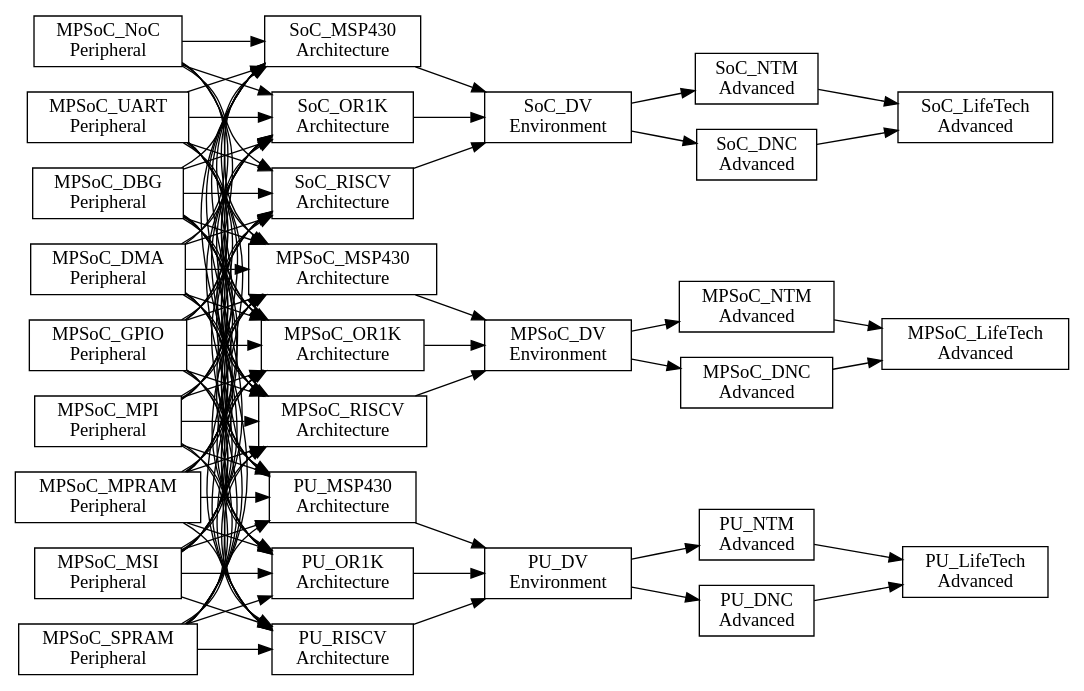
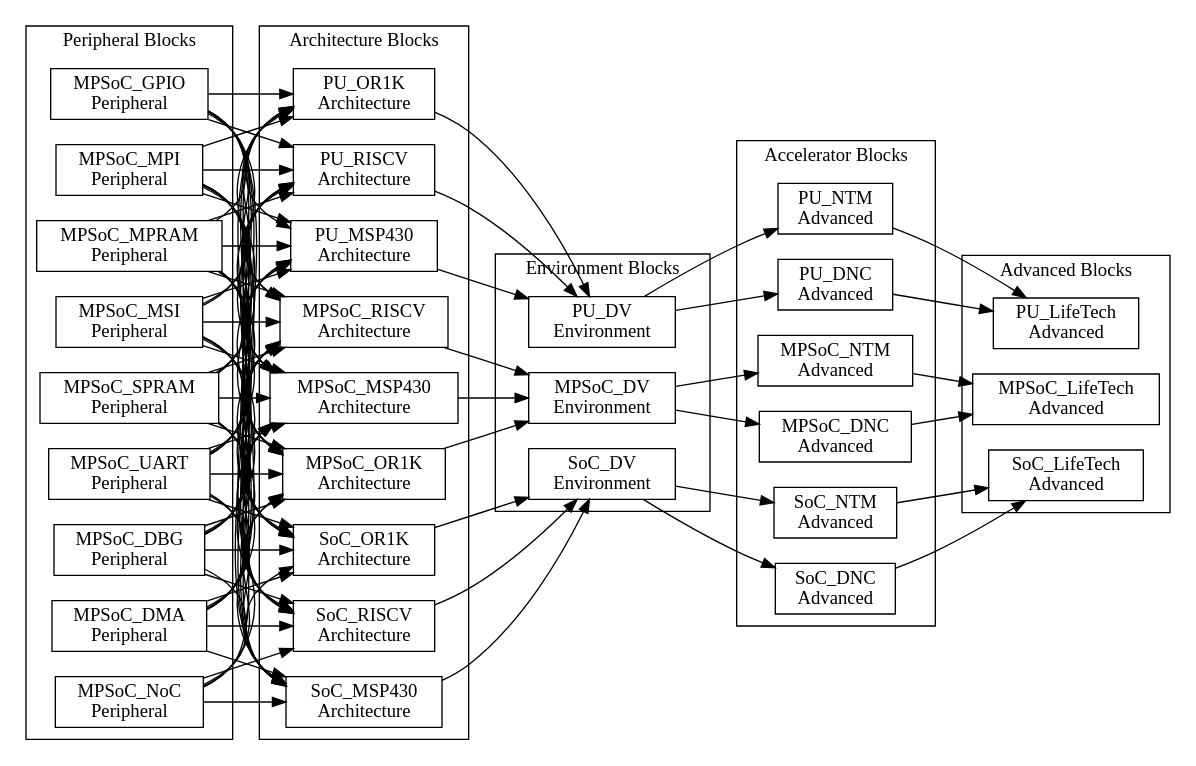
The diagram in doc/book/assets/chapter4/dependences-mpsoc-lifetech.dot (PacoReinaCampo/SoC-RTOS), drawn with Graphviz before and after one commit. The commit also changed 1048 other files, not shown here.

```diff
--- a/doc/book/assets/chapter4/dependences-mpsoc-lifetech.dot
+++ b/doc/book/assets/chapter4/dependences-mpsoc-lifetech.dot
@@ -1,169 +1,179 @@
 digraph Project {
   // Introduction
   graph [rankdir = LR];
   node[shape=record];
 
   // Peripheral Blocks
-  MPSoC_DBG[label="MPSoC_DBG \nPeripheral"];
-  MPSoC_DMA[label="MPSoC_DMA \nPeripheral"];
-  MPSoC_GPIO[label="MPSoC_GPIO \nPeripheral"];
-  MPSoC_MPI[label="MPSoC_MPI \nPeripheral"];
-  MPSoC_MPRAM[label="MPSoC_MPRAM \nPeripheral"];
-  MPSoC_MSI[label="MPSoC_MSI \nPeripheral"];
-  MPSoC_NoC[label="MPSoC_NoC \nPeripheral"];
-  MPSoC_SPRAM[label="MPSoC_SPRAM \nPeripheral"];
-  MPSoC_UART[label="MPSoC_UART \nPeripheral"];
+  subgraph "cluster PeripheralBlocks" { label = "Peripheral Blocks";
+    MPSoC_DBG[label="MPSoC_DBG \nPeripheral"];
+    MPSoC_DMA[label="MPSoC_DMA \nPeripheral"];
+    MPSoC_GPIO[label="MPSoC_GPIO \nPeripheral"];
+    MPSoC_MPI[label="MPSoC_MPI \nPeripheral"];
+    MPSoC_MPRAM[label="MPSoC_MPRAM \nPeripheral"];
+    MPSoC_MSI[label="MPSoC_MSI \nPeripheral"];
+    MPSoC_NoC[label="MPSoC_NoC \nPeripheral"];
+    MPSoC_SPRAM[label="MPSoC_SPRAM \nPeripheral"];
+    MPSoC_UART[label="MPSoC_UART \nPeripheral"];
+  }
 
   // Architecture Blocks
-  MPSoC_MSP430[label="MPSoC_MSP430 \nArchitecture"];
-  MPSoC_OR1K[label="MPSoC_OR1K \nArchitecture"];
-  MPSoC_RISCV[label="MPSoC_RISCV \nArchitecture"];
-  SoC_MSP430[label="SoC_MSP430 \nArchitecture"];
-  SoC_OR1K[label="SoC_OR1K \nArchitecture"];
-  SoC_RISCV[label="SoC_RISCV \nArchitecture"];
-  PU_MSP430[label="PU_MSP430 \nArchitecture"];
-  PU_OR1K[label="PU_OR1K \nArchitecture"];
-  PU_RISCV[label="PU_RISCV \nArchitecture"];
+  subgraph "cluster ArchitectureBlocks" { label = "Architecture Blocks";
+    MPSoC_MSP430[label="MPSoC_MSP430 \nArchitecture"];
+    MPSoC_OR1K[label="MPSoC_OR1K \nArchitecture"];
+    MPSoC_RISCV[label="MPSoC_RISCV \nArchitecture"];
+    SoC_MSP430[label="SoC_MSP430 \nArchitecture"];
+    SoC_OR1K[label="SoC_OR1K \nArchitecture"];
+    SoC_RISCV[label="SoC_RISCV \nArchitecture"];
+    PU_MSP430[label="PU_MSP430 \nArchitecture"];
+    PU_OR1K[label="PU_OR1K \nArchitecture"];
+    PU_RISCV[label="PU_RISCV \nArchitecture"];
+  }
 
   // Environment Blocks
-  MPSoC_DV[label="MPSoC_DV \nEnvironment"];
-  SoC_DV[label="SoC_DV \nEnvironment"];
-  PU_DV[label="PU_DV \nEnvironment"];
+  subgraph "cluster EnvironmentBlocks" { label = "Environment Blocks";
+    MPSoC_DV[label="MPSoC_DV \nEnvironment"];
+    SoC_DV[label="SoC_DV \nEnvironment"];
+    PU_DV[label="PU_DV \nEnvironment"];
+  }
 
   // Accelerator Blocks
-  MPSoC_NTM[label="MPSoC_NTM \nAdvanced"];
-  SoC_NTM[label="SoC_NTM \nAdvanced"];
-  PU_NTM[label="PU_NTM \nAdvanced"];
+  subgraph "cluster AcceleratorBlocks" { label = "Accelerator Blocks";
+    MPSoC_NTM[label="MPSoC_NTM \nAdvanced"];
+    SoC_NTM[label="SoC_NTM \nAdvanced"];
+    PU_NTM[label="PU_NTM \nAdvanced"];
 
-  MPSoC_DNC[label="MPSoC_DNC \nAdvanced"];
-  SoC_DNC[label="SoC_DNC \nAdvanced"];
-  PU_DNC[label="PU_DNC \nAdvanced"];
+    MPSoC_DNC[label="MPSoC_DNC \nAdvanced"];
+    SoC_DNC[label="SoC_DNC \nAdvanced"];
+    PU_DNC[label="PU_DNC \nAdvanced"];
+  }
 
   // Advanced Blocks
-  MPSoC_LifeTech[label="MPSoC_LifeTech \nAdvanced"];
-  SoC_LifeTech[label="SoC_LifeTech \nAdvanced"];
-  PU_LifeTech[label="PU_LifeTech \nAdvanced"];
+  subgraph "cluster AdvancedBlocks" { label = "Advanced Blocks";
+    MPSoC_LifeTech[label="MPSoC_LifeTech \nAdvanced"];
+    SoC_LifeTech[label="SoC_LifeTech \nAdvanced"];
+    PU_LifeTech[label="PU_LifeTech \nAdvanced"];
+  }
 
   // Peripheral -> Architecture
   MPSoC_DBG -> MPSoC_MSP430;
   MPSoC_DMA -> MPSoC_MSP430;
   MPSoC_GPIO -> MPSoC_MSP430;
   MPSoC_MPI -> MPSoC_MSP430;
   MPSoC_MPRAM -> MPSoC_MSP430;
   MPSoC_MSI -> MPSoC_MSP430;
   MPSoC_NoC -> MPSoC_MSP430;
   MPSoC_SPRAM -> MPSoC_MSP430;
   MPSoC_UART -> MPSoC_MSP430;
 
   MPSoC_DBG -> SoC_MSP430;
   MPSoC_DMA -> SoC_MSP430;
   MPSoC_GPIO -> SoC_MSP430;
   MPSoC_MPI -> SoC_MSP430;
   MPSoC_MPRAM -> SoC_MSP430;
   MPSoC_MSI -> SoC_MSP430;
   MPSoC_NoC -> SoC_MSP430;
   MPSoC_SPRAM -> SoC_MSP430;
   MPSoC_UART -> SoC_MSP430;
 
   MPSoC_DBG -> PU_MSP430;
   MPSoC_DMA -> PU_MSP430;
   MPSoC_GPIO -> PU_MSP430;
   MPSoC_MPI -> PU_MSP430;
   MPSoC_MPRAM -> PU_MSP430;
   MPSoC_MSI -> PU_MSP430;
   MPSoC_SPRAM -> PU_MSP430;
   MPSoC_UART -> PU_MSP430;
 
 
   MPSoC_DBG -> MPSoC_OR1K;
   MPSoC_DMA -> MPSoC_OR1K;
   MPSoC_GPIO -> MPSoC_OR1K;
   MPSoC_MPI -> MPSoC_OR1K;
   MPSoC_MPRAM -> MPSoC_OR1K;
   MPSoC_MSI -> MPSoC_OR1K;
   MPSoC_NoC -> MPSoC_OR1K;
   MPSoC_SPRAM -> MPSoC_OR1K;
   MPSoC_UART -> MPSoC_OR1K;
 
   MPSoC_DBG -> SoC_OR1K;
   MPSoC_DMA -> SoC_OR1K;
   MPSoC_GPIO -> SoC_OR1K;
   MPSoC_MPI -> SoC_OR1K;
   MPSoC_MPRAM -> SoC_OR1K;
   MPSoC_MSI -> SoC_OR1K;
   MPSoC_NoC -> SoC_OR1K;
   MPSoC_SPRAM -> SoC_OR1K;
   MPSoC_UART -> SoC_OR1K;
 
   MPSoC_DBG -> PU_OR1K;
   MPSoC_DMA -> PU_OR1K;
   MPSoC_GPIO -> PU_OR1K;
   MPSoC_MPI -> PU_OR1K;
   MPSoC_MPRAM -> PU_OR1K;
   MPSoC_MSI -> PU_OR1K;
   MPSoC_SPRAM -> PU_OR1K;
   MPSoC_UART -> PU_OR1K;
 
 
   MPSoC_DBG -> MPSoC_RISCV;
   MPSoC_DMA -> MPSoC_RISCV;
   MPSoC_GPIO -> MPSoC_RISCV;
   MPSoC_MPI -> MPSoC_RISCV;
   MPSoC_MPRAM -> MPSoC_RISCV;
   MPSoC_MSI -> MPSoC_RISCV;
   MPSoC_NoC -> MPSoC_RISCV;
   MPSoC_SPRAM -> MPSoC_RISCV;
   MPSoC_UART -> MPSoC_RISCV;
 
   MPSoC_DBG -> SoC_RISCV;
   MPSoC_DMA -> SoC_RISCV;
   MPSoC_GPIO -> SoC_RISCV;
   MPSoC_MPI -> SoC_RISCV;
   MPSoC_MPRAM -> SoC_RISCV;
   MPSoC_MSI -> SoC_RISCV;
   MPSoC_NoC -> SoC_RISCV;
   MPSoC_SPRAM -> SoC_RISCV;
   MPSoC_UART -> SoC_RISCV;
 
   MPSoC_DBG -> PU_RISCV;
   MPSoC_DMA -> PU_RISCV;
   MPSoC_GPIO -> PU_RISCV;
   MPSoC_MPI -> PU_RISCV;
   MPSoC_MPRAM -> PU_RISCV;
   MPSoC_MSI -> PU_RISCV;
   MPSoC_SPRAM -> PU_RISCV;
   MPSoC_UART -> PU_RISCV;
 
   // Architecture -> Environment
   PU_MSP430 -> PU_DV;
   PU_OR1K -> PU_DV;
   PU_RISCV -> PU_DV;
 
   SoC_MSP430 -> SoC_DV;
   SoC_OR1K -> SoC_DV;
   SoC_RISCV -> SoC_DV;
 
   MPSoC_MSP430 -> MPSoC_DV;
   MPSoC_OR1K -> MPSoC_DV;
   MPSoC_RISCV -> MPSoC_DV;
 
   // Environment -> Accelerator
   PU_DV -> PU_NTM;
   PU_DV -> PU_DNC;
 
   SoC_DV -> SoC_NTM;
   SoC_DV -> SoC_DNC;
 
   MPSoC_DV -> MPSoC_NTM;
   MPSoC_DV -> MPSoC_DNC;
 
   // Accelerator -> Advanced
   PU_NTM -> PU_LifeTech;
   PU_DNC -> PU_LifeTech;
 
   SoC_NTM -> SoC_LifeTech;
   SoC_DNC -> SoC_LifeTech;
 
   MPSoC_NTM -> MPSoC_LifeTech;
   MPSoC_DNC -> MPSoC_LifeTech;
 }
```
